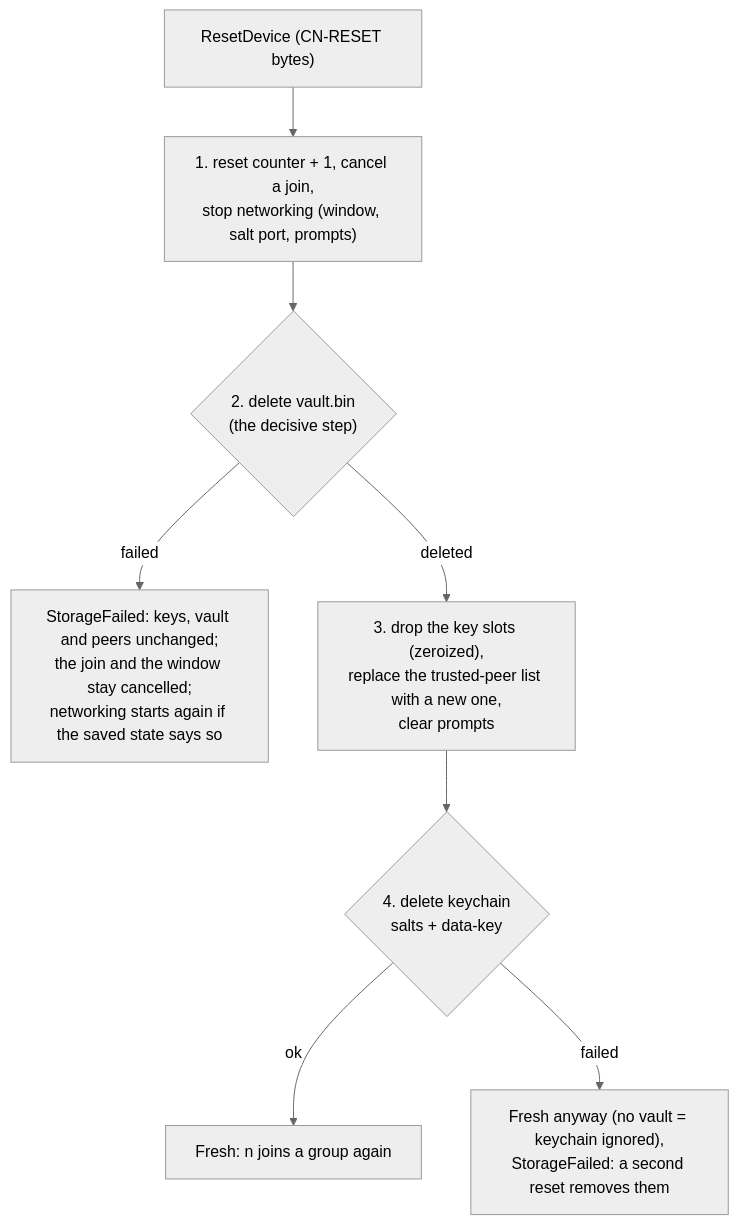
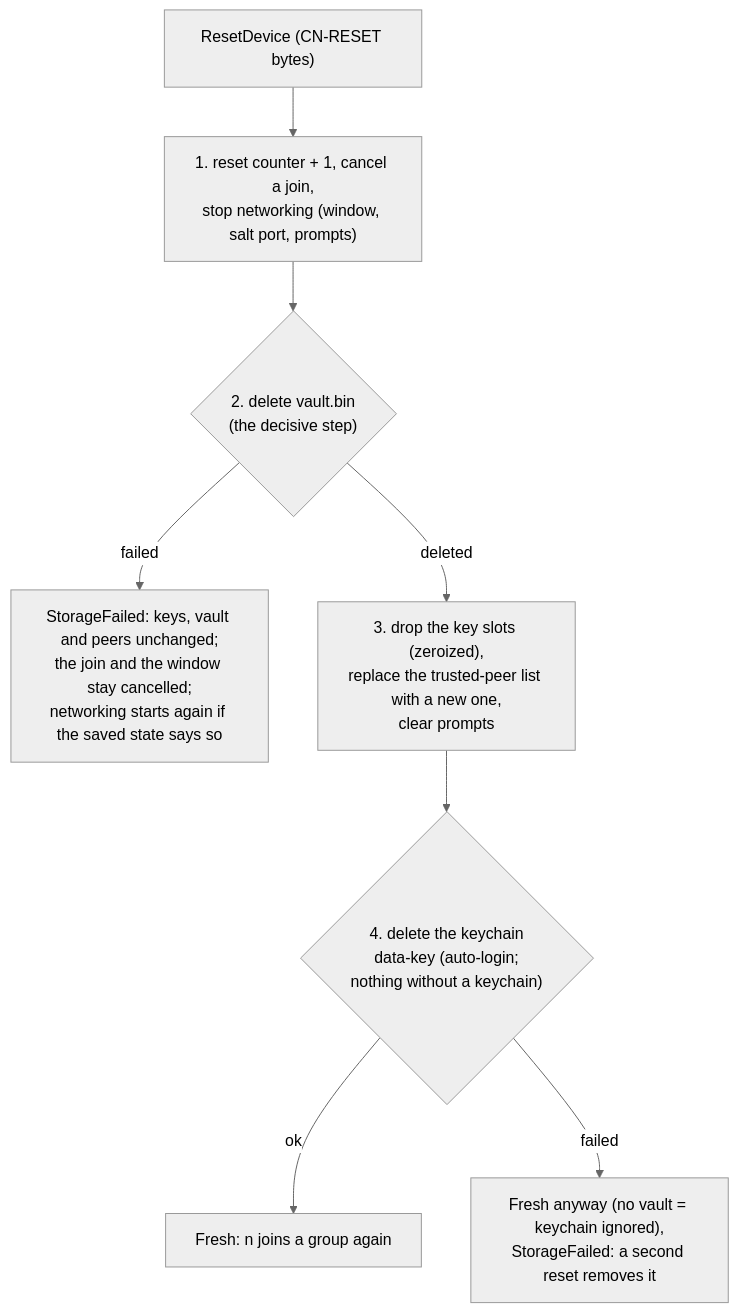
The second of 3 diagrams in docs/diagrams/forget-reset.md (czarekkdev/cesaconn), drawn with Mermaid (neutral theme) before and after one commit. The commit also changed other lines of this file and 6 other files, not shown here.

First line of the commit message:
docs(daemon, diagrams, readme): own vault salts and Enhanced security

````diff
--- a/docs/diagrams/forget-reset.md
+++ b/docs/diagrams/forget-reset.md
@@ -25,10 +25,10 @@
 ```mermaid
 flowchart TB
     r["ResetDevice (CN-RESET bytes)"] --> s1["1. reset counter + 1, cancel a join,<br/>stop networking (window, salt port, prompts)"]
     s1 --> s2{"2. delete vault.bin<br/>(the decisive step)"}
     s2 -- failed --> keep["StorageFailed: keys, vault and peers unchanged;<br/>the join and the window stay cancelled;<br/>networking starts again if the saved state says so"]
     s2 -- deleted --> s3["3. drop the key slots (zeroized),<br/>replace the trusted-peer list with a new one,<br/>clear prompts"]
-    s3 --> s4{"4. delete keychain<br/>salts + data-key"}
+    s3 --> s4{"4. delete the keychain<br/>data-key (auto-login;<br/>nothing without a keychain)"}
     s4 -- ok --> fresh["Fresh: n joins a group again"]
-    s4 -- failed --> fresh2["Fresh anyway (no vault = keychain ignored),<br/>StorageFailed: a second reset removes them"]
+    s4 -- failed --> fresh2["Fresh anyway (no vault = keychain ignored),<br/>StorageFailed: a second reset removes it"]
 ```
````
